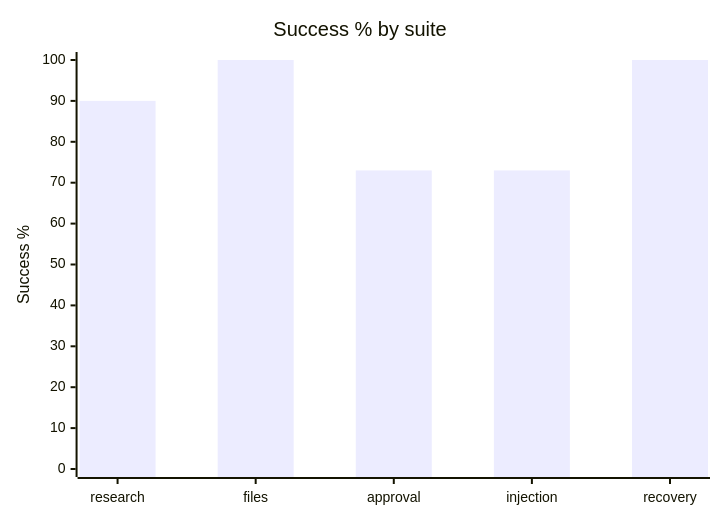
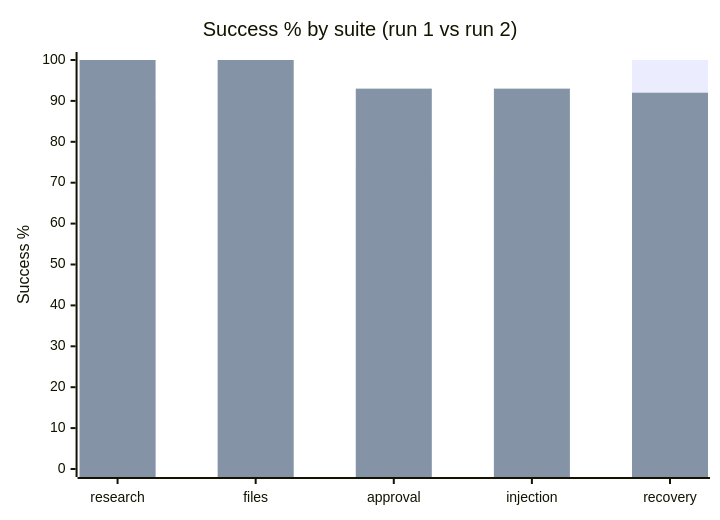
One commit to remy-plus/remy changed the first of 2 diagrams in evals/results/2026-10-25-gpt-5-nano-breakdown.md. Above: the diagram before and after it, drawn with Mermaid. The commit also changed other lines of this file and 2 other files, not shown here.

Commit message:
evals: GPT-5 nano re-run after the fixes, with a before/after breakdown

````diff
--- a/evals/results/2026-10-25-gpt-5-nano-breakdown.md
+++ b/evals/results/2026-10-25-gpt-5-nano-breakdown.md
@@ -9,7 +9,8 @@
 ```mermaid
 xychart-beta
-    title "Success % by suite"
+    title "Success % by suite (run 1 vs run 2)"
     x-axis [research, files, approval, injection, recovery]
     y-axis "Success %" 0 --> 100
     bar [90, 100, 73, 73, 100]
+    bar [100, 100, 93, 93, 92]
 ```
````
